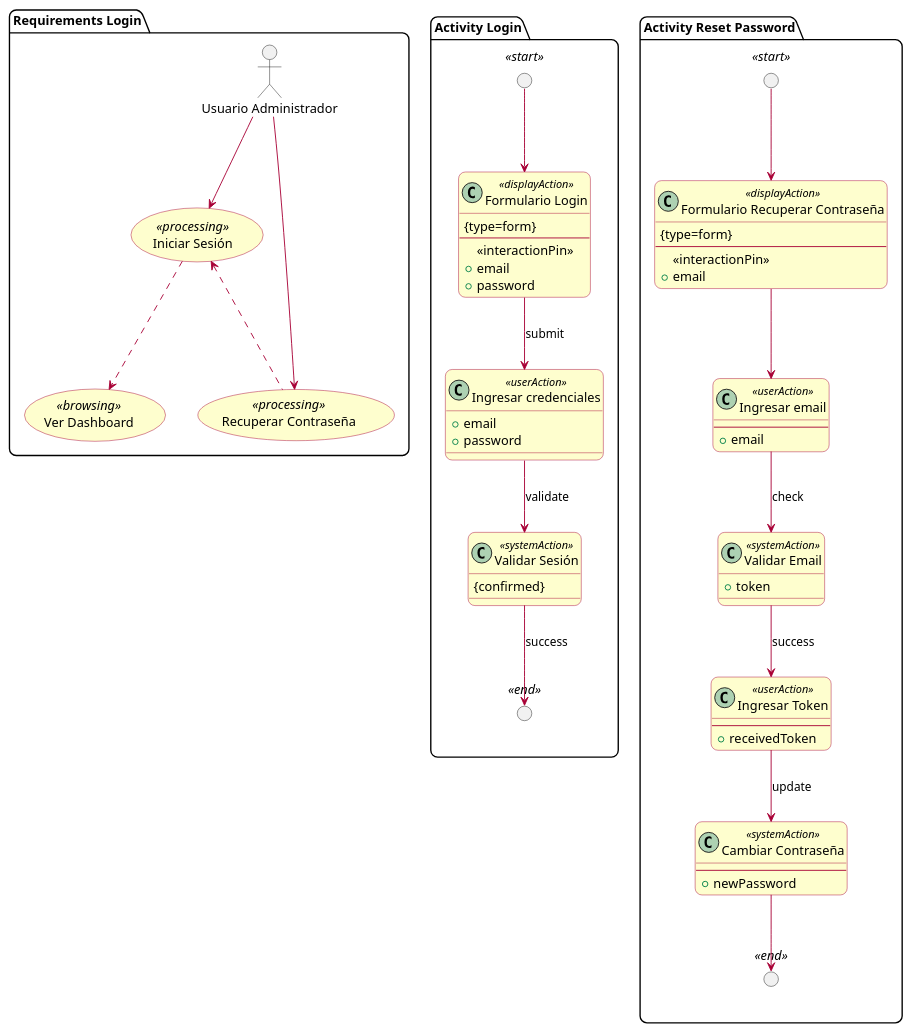
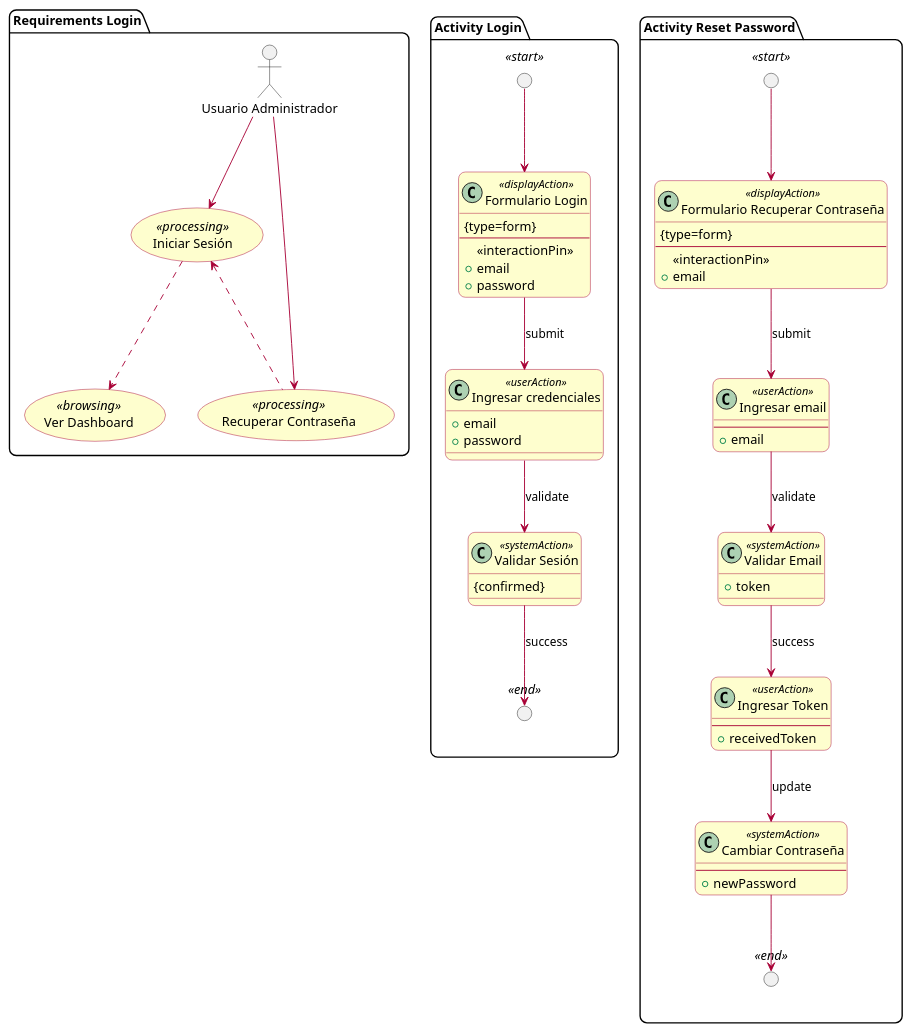
The diagram in Requirements Model/Login/login_requirements.puml (AtomicDevelopers/UWE-Tienda-Colectiva), drawn with PlantUML before and after one commit. The commit also changed 2 other files, not shown here.

```diff
--- a/Requirements Model/Login/login_requirements.puml
+++ b/Requirements Model/Login/login_requirements.puml
@@ -1,97 +1,97 @@
 @startuml login_requirements
 allow_mixing
 
 skinparam shadow false
 
 skinparam roundCorner 15
 skinparam class {
   BackgroundColor #FEFECE
   BorderColor #A80036
   ArrowColor #A80036
 }
 skinparam usecase {
   BackgroundColor #FEFECE
   BorderColor #A80036
   ArrowColor #A80036
 }
 
 package "Requirements Login" {
   usecase "Iniciar Sesión" as Login <<processing>>
   usecase "Recuperar Contraseña" as Recover <<processing>>
   usecase "Ver Dashboard" as ViewDash <<browsing>>
   
   actor "Usuario Administrador" as User
 }
 
 User --> Login
 User --> Recover
 Login ..> ViewDash 
 Login <.. Recover 
 
 package "Activity Login" {
   circle " " as AL_Start <<start>>
   circle " " as AL_End <<end>>
   skinparam circleBackgroundColor black
 
   class "Formulario Login" as AL_Form <<displayAction>> {
     {type=form}
     --
     <<interactionPin>>
     + email
     + password
   }
   
   class "Ingresar credenciales" as AL_Input <<userAction>> {
 
     + email
     + password
   }
   
   class "Validar Sesión" as AL_Process <<systemAction>> {
     {confirmed}
   }
   
   AL_Start --> AL_Form
   AL_Form --> AL_Input : submit
   AL_Input --> AL_Process : validate
   AL_Process --> AL_End : success
 }
 
 package "Activity Reset Password" {
   circle " " as AR_Start <<start>>
   circle " " as AR_End <<end>>
 
   class "Formulario Recuperar Contraseña" as AR_Form <<displayAction>> {
     {type=form}
     --
     <<interactionPin>>
     + email
   }
   
   class "Ingresar email" as AR_Input <<userAction>> {
     --
     + email
   }
   
   class "Validar Email" as AR_ValEmail <<systemAction>> {
     + token
   }
   
   class "Ingresar Token" as AR_Token <<userAction>> {
     --
     + receivedToken
   }
   
   class "Cambiar Contraseña" as AR_Change <<systemAction>> {
     --
     + newPassword
   }
   
   AR_Start --> AR_Form
-  AR_Form --> AR_Input
-  AR_Input --> AR_ValEmail : check
+  AR_Form --> AR_Input : submit
+  AR_Input --> AR_ValEmail : validate
   AR_ValEmail --> AR_Token : success
   AR_Token --> AR_Change : update
   AR_Change --> AR_End
 }
 @enduml
```
